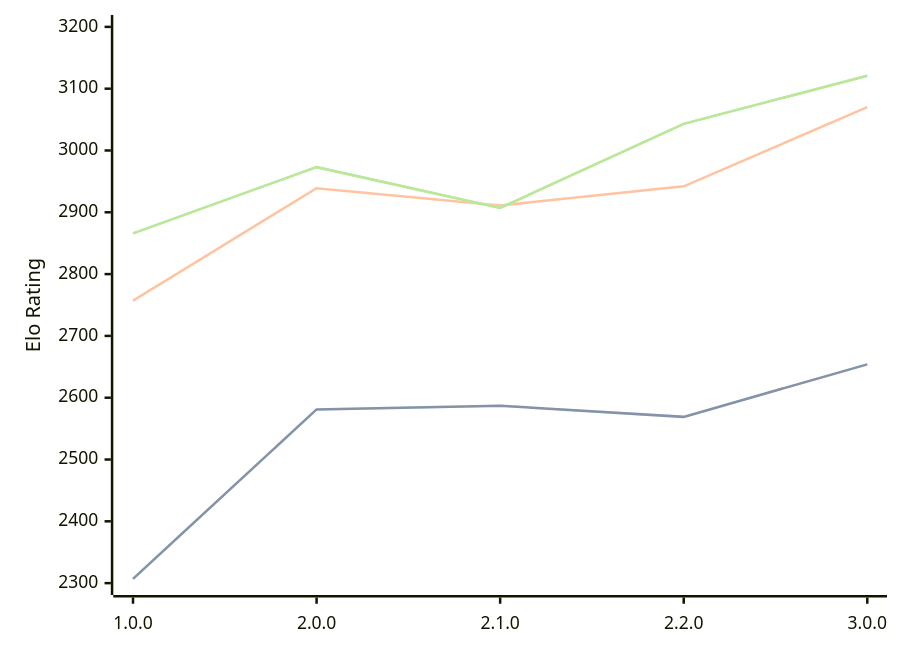
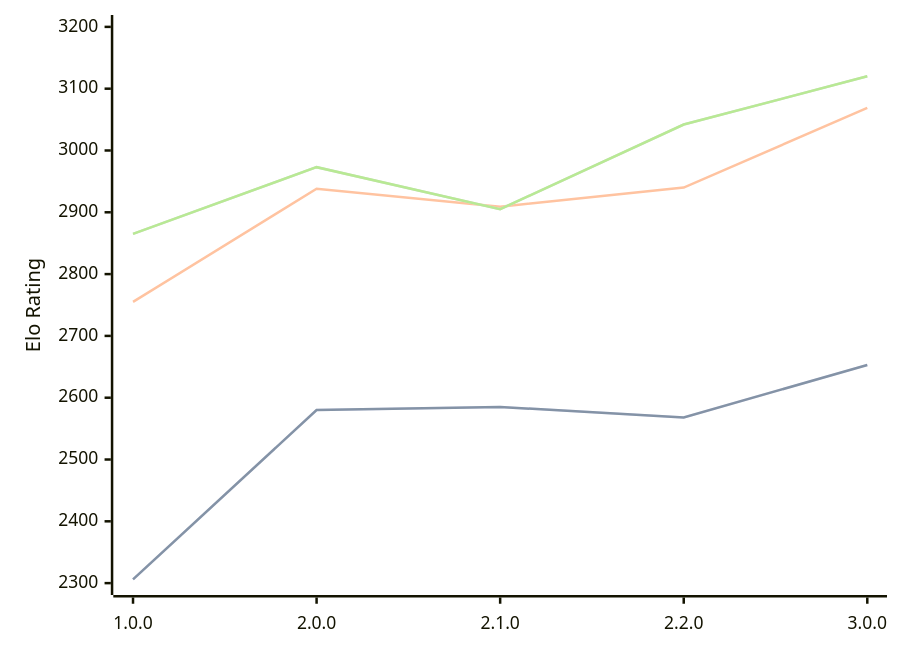
One commit to computer-chess-index/cci changed the diagram in engines/Catalyst.md. Above: the diagram before and after it, drawn with Mermaid. The commit also changed other lines of this file, not shown here.

Commit message:
Update CCI Ratings (ELO VLTC) - 2026-06-07

````diff
--- a/engines/Catalyst.md
+++ b/engines/Catalyst.md
@@ -35,11 +35,11 @@
 ```mermaid
 %%{init: {"theme":"base","themeVariables":{"seriesColors:['#a3a3a3','#222221','#faa371']}}}%%
 xychart-beta
   x-axis ["1.0.0", "2.0.0", "2.1.0", "2.2.0", "3.0.0"]
   y-axis "Elo Rating" 2300 --> 3200
-  line "STC (8.0+0.08s)" [2307, 2581, 2587, 2569, 2654]
-  line "STC (8.0+0.08s)" [2307, 2581, 2587, 2569, 2654]
-  line "LTC (60.0+0.60s)" [2757, 2939, 2911, 2942, 3070]
-  line "VLTC (2m24s+1.12s)" [2866, 2973, 2907, 3043, 3121]
-  line "VLTC (2m24s+1.12s)" [2866, 2973, 2907, 3043, 3121]
+  line "STC (8.0+0.08s)" [2306, 2580, 2585, 2568, 2653]
+  line "STC (8.0+0.08s)" [2306, 2580, 2585, 2568, 2653]
+  line "LTC (60.0+0.60s)" [2755, 2938, 2909, 2940, 3069]
+  line "VLTC (2m24s+1.12s)" [2865, 2973, 2905, 3042, 3120]
+  line "VLTC (2m24s+1.12s)" [2865, 2973, 2905, 3042, 3120]
 ```
````
